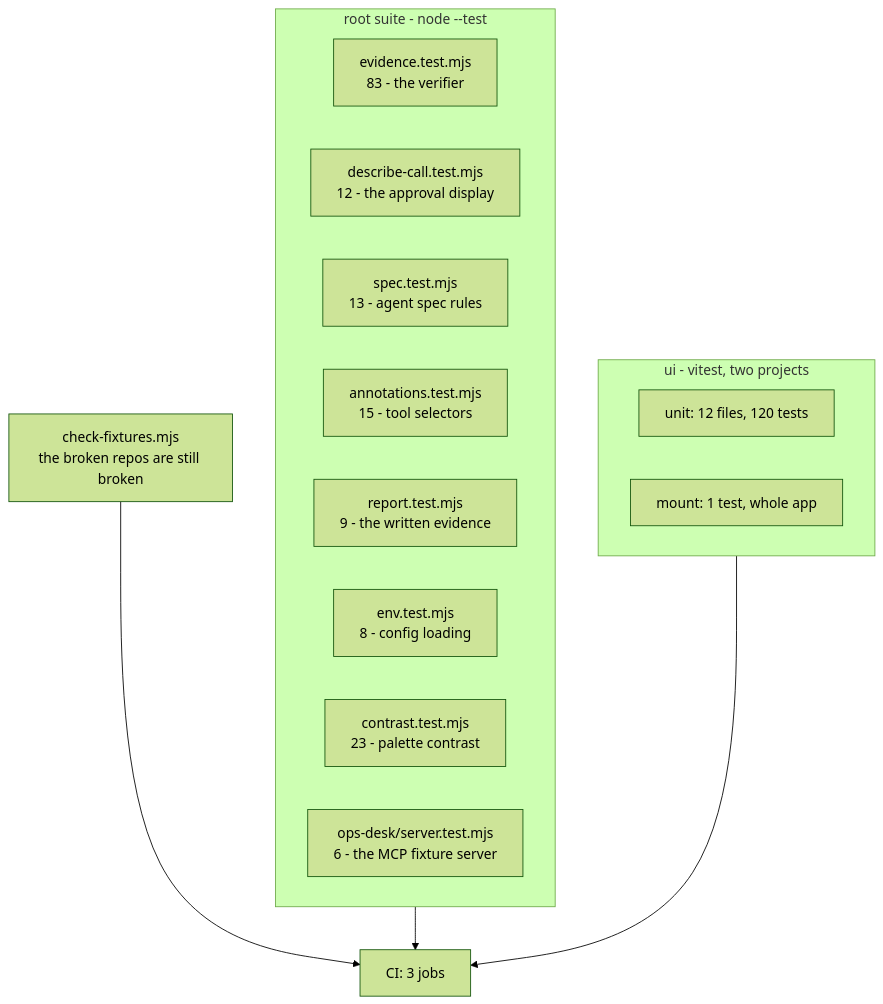
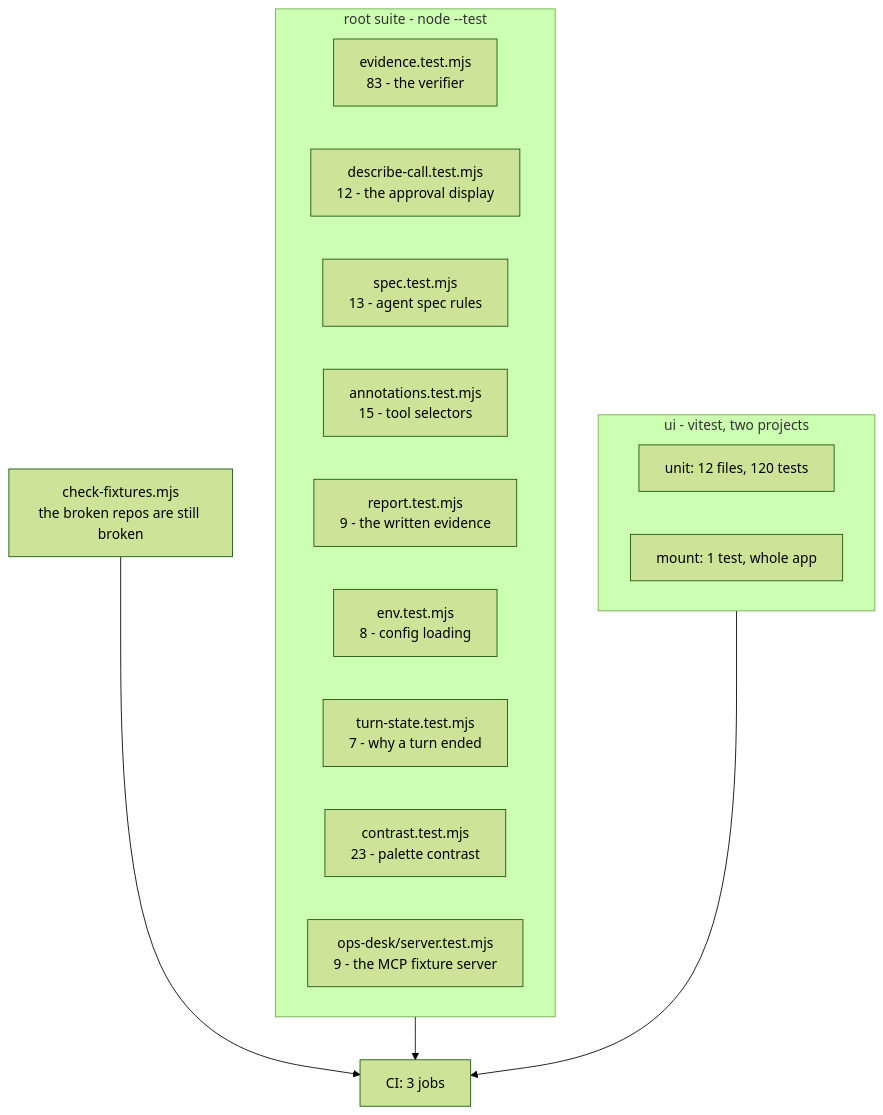
One commit to manumishra12/quartermaster changed the diagram in TESTING.md. Above: the diagram before and after it, drawn with Mermaid (forest theme). The commit also changed other lines of this file and 3 other files, not shown here.

````diff
--- a/TESTING.md
+++ b/TESTING.md
@@ -30,24 +30,25 @@
 ```mermaid
 flowchart TD
   subgraph root["root suite - node --test"]
     EV["evidence.test.mjs<br/>83 - the verifier"]
     DC["describe-call.test.mjs<br/>12 - the approval display"]
     SP["spec.test.mjs<br/>13 - agent spec rules"]
     AN["annotations.test.mjs<br/>15 - tool selectors"]
     RP["report.test.mjs<br/>9 - the written evidence"]
     EN["env.test.mjs<br/>8 - config loading"]
+    TS["turn-state.test.mjs<br/>7 - why a turn ended"]
     CO["contrast.test.mjs<br/>23 - palette contrast"]
-    OD["ops-desk/server.test.mjs<br/>6 - the MCP fixture server"]
+    OD["ops-desk/server.test.mjs<br/>9 - the MCP fixture server"]
   end
 
   subgraph ui["ui - vitest, two projects"]
     U1["unit: 12 files, 120 tests"]
     U2["mount: 1 test, whole app"]
   end
 
   FX["check-fixtures.mjs<br/>the broken repos are still broken"]
 
   root --> CI["CI: 3 jobs"]
   ui --> CI
   FX --> CI
 ```
````
